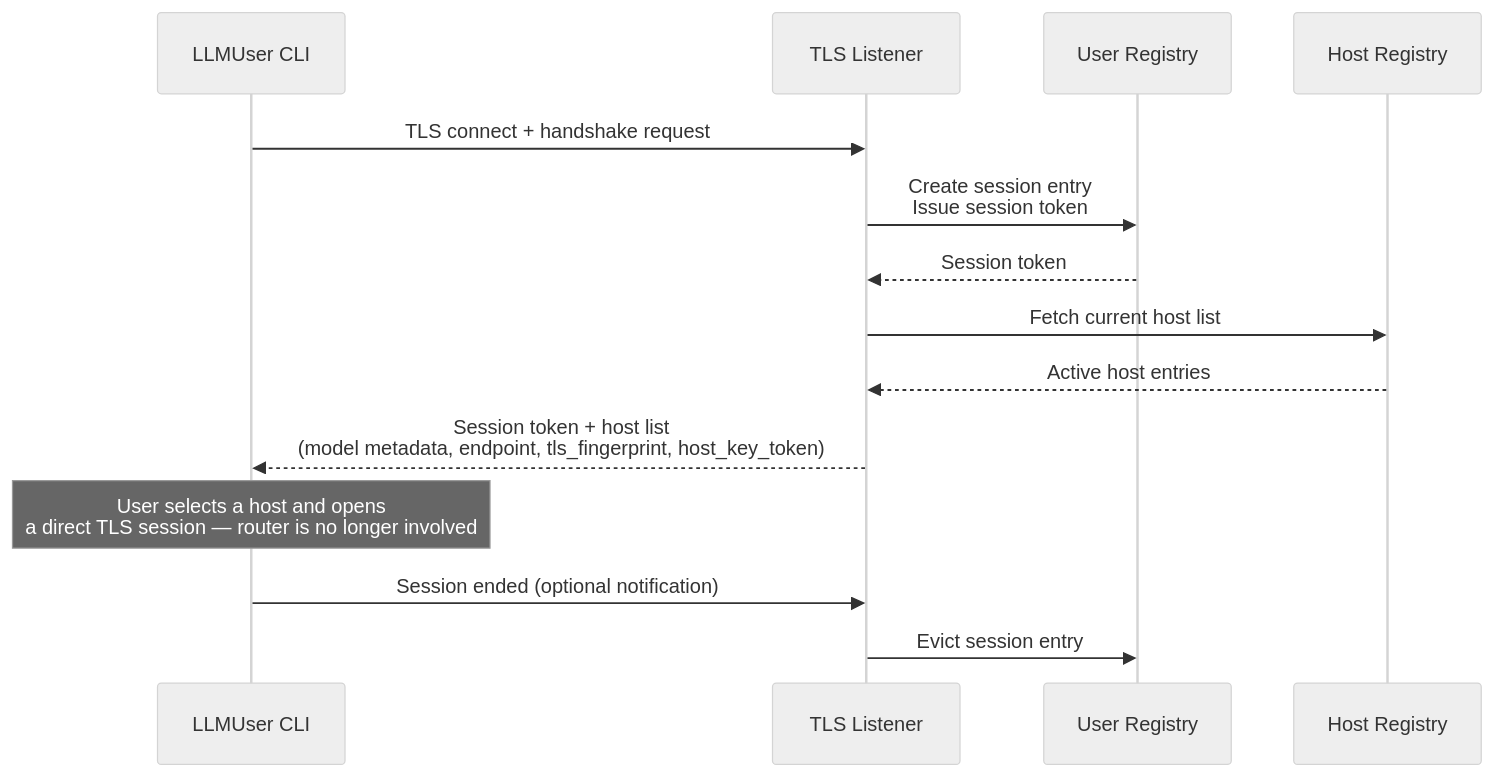
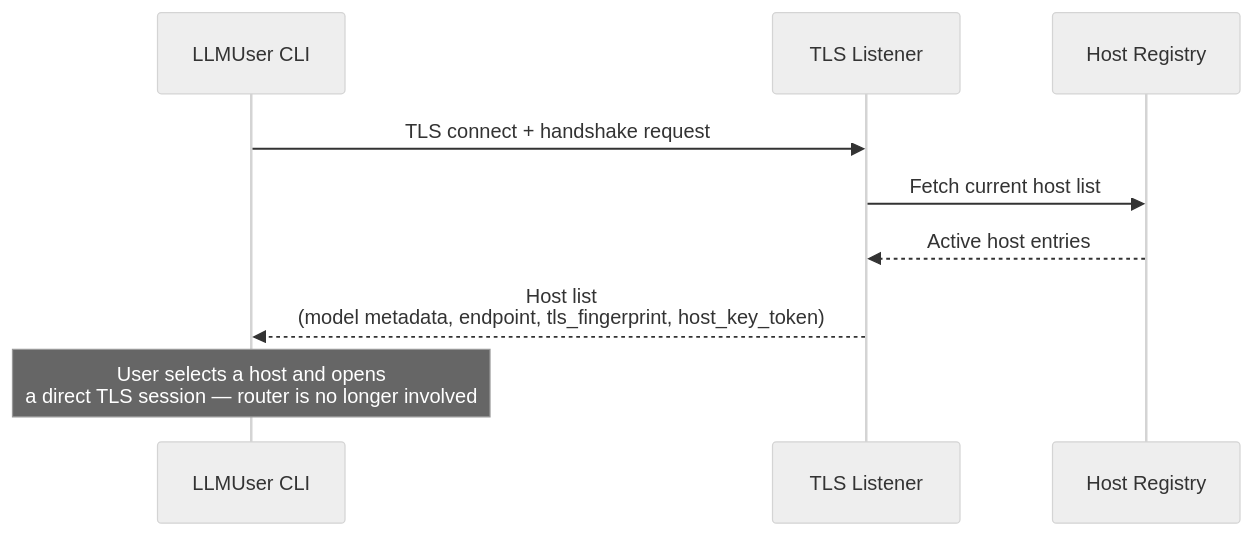
The third of 3 diagrams in docs/architecture_llmrouter.md (MartijnLammaing/ShareGrid), drawn with Mermaid (neutral theme) before and after one commit. The commit also changed other lines of this file, not shown here.

Commit message:
init(main): tweaked startup output to add endpoint information

````diff
--- a/docs/architecture_llmrouter.md
+++ b/docs/architecture_llmrouter.md
@@ -130,19 +112,13 @@
 ```mermaid
 sequenceDiagram
     participant U as LLMUser CLI
     participant TLS as TLS Listener
-    participant UR as User Registry
     participant HR as Host Registry
 
     U->>TLS: TLS connect + handshake request
-    TLS->>UR: Create session entry<br/>Issue session token
-    UR-->>TLS: Session token
     TLS->>HR: Fetch current host list
     HR-->>TLS: Active host entries
-    TLS-->>U: Session token + host list<br/>(model metadata, endpoint, tls_fingerprint, host_key_token)
+    TLS-->>U: Host list<br/>(model metadata, endpoint, tls_fingerprint, host_key_token)
 
     Note over U: User selects a host and opens<br/>a direct TLS session — router is no longer involved
-
-    U->>TLS: Session ended (optional notification)
-    TLS->>UR: Evict session entry
 ```
````
